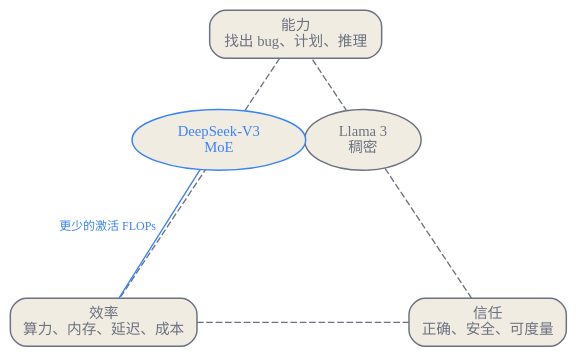
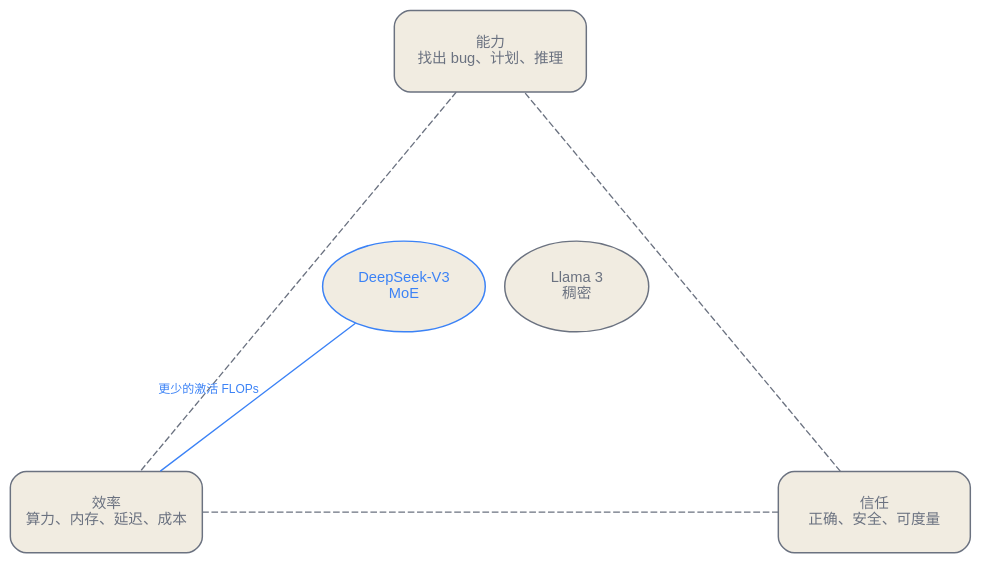
The third of 3 diagrams in zh/p0-orientation/01-whole-stack.qmd (latere-ai/ai-as-an-infrastructure), drawn with Graphviz before and after one commit. The commit also changed 3 other files, not shown here.

````diff
--- a/zh/p0-orientation/01-whole-stack.qmd
+++ b/zh/p0-orientation/01-whole-stack.qmd
@@ -115,19 +115,19 @@
 ```{dot}
 //| label: fig-whole-stack-lens
 //| fig-cap: "能力、效率、信任这副视角作为一个权衡空间，两个贯穿全书的模型置于其上。稠密模型与稀疏模型可以达到同样的能力。稀疏的那个用更少的激活 FLOPs 做到，偏向效率。在某样东西度量过其输出之前，二者都还赢不到信任。"
 graph lens {
   layout=neato;
   bgcolor="transparent";
-  node [shape=box, style="rounded,filled", fontsize=11, color="#6b7280", fontcolor="#6b7280", fillcolor="#f1ece1", penwidth=1.1];
-  edge [color="#6b7280", fontcolor="#6b7280"];
-  cap [label="能力\n找出 bug、计划、推理", pos="0,2!"];
-  eff [label="效率\n算力、内存、延迟、成本", pos="-2,-1!"];
-  tru [label="信任\n正确、安全、可度量", pos="2,-1!"];
+  node [shape=box, style="rounded,filled", fontname="Helvetica", fontsize=11, fixedsize=true, width=2.0, height=0.85, color="#6b7280", fontcolor="#6b7280", fillcolor="#f1ece1", penwidth=1.1];
+  edge [fontname="Helvetica", color="#6b7280", fontcolor="#6b7280"];
+  cap [label="能力\n找出 bug、计划、推理", pos="0,3!"];
+  eff [label="效率\n算力、内存、延迟、成本", pos="-4,-1.8!"];
+  tru [label="信任\n正确、安全、可度量", pos="4,-1.8!"];
   cap -- eff [style=dashed];
   eff -- tru [style=dashed];
   tru -- cap [style=dashed];
-  llama [label="Llama 3\n稠密", pos="0.7,0.9!", shape=ellipse];
-  ds [label="DeepSeek-V3\nMoE", pos="-0.8,0.9!", shape=ellipse, color="#3b82f6", fontcolor="#3b82f6"];
+  llama [label="Llama 3\n稠密", pos="0.9,0.55!", shape=ellipse, width=1.5, height=0.95];
+  ds [label="DeepSeek-V3\nMoE", pos="-0.9,0.55!", shape=ellipse, width=1.7, height=0.95, color="#3b82f6", fontcolor="#3b82f6"];
   ds -- eff [label="更少的激活 FLOPs", fontsize=9, color="#3b82f6", fontcolor="#3b82f6"];
 }
 ```
````
